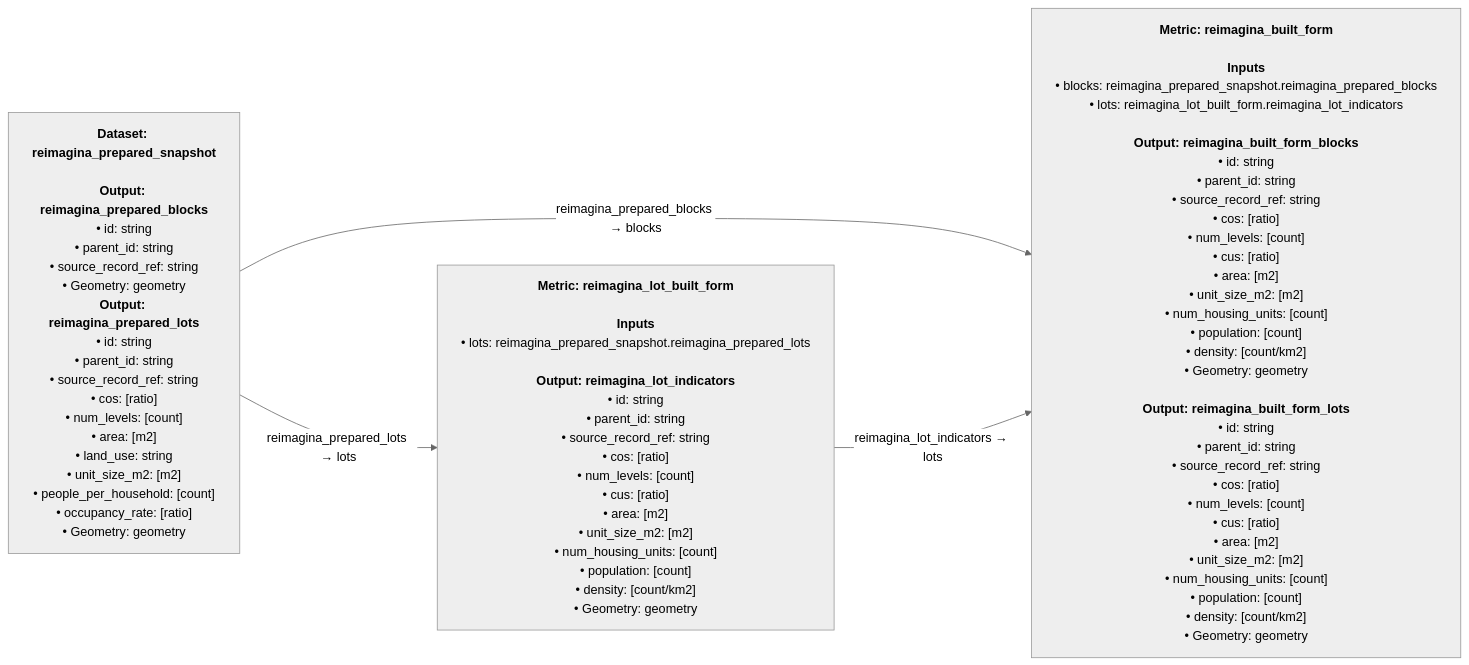
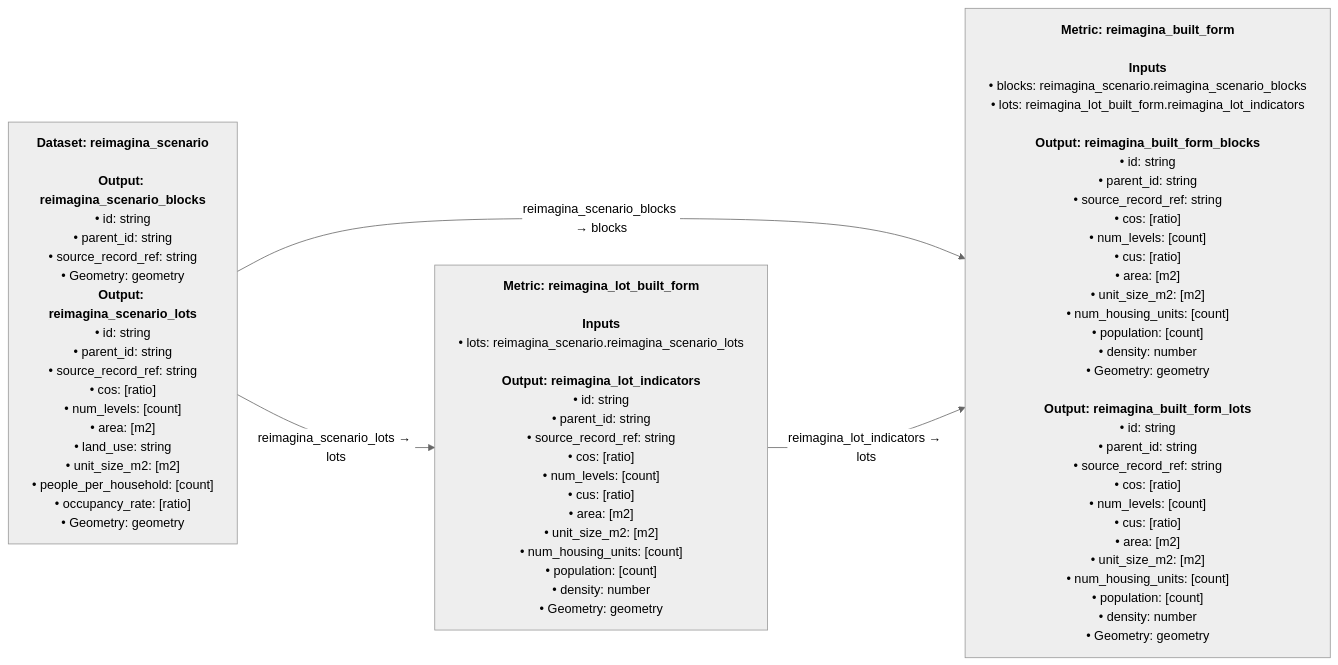
The diagram in README.md (CentroFuturoCiudades/reimagina_test_port), drawn with Mermaid (neutral theme) before and after one commit. The commit also changed other lines of this file and 21 other files, not shown here.

First line of the commit message:
Dataset reimagina_scenario desde Postgres y density en viv/ha

````diff
--- a/README.md
+++ b/README.md
@@ -13,9 +14,9 @@
 ```mermaid
 flowchart LR
-    n0["<b>Metric: reimagina_built_form</b><br/><br/><b>Inputs</b><br/>#8226;#160;blocks:#160;reimagina_prepared_snapshot#46;reimagina_prepared_blocks<br/>#8226;#160;lots:#160;reimagina_lot_built_form#46;reimagina_lot_indicators<br/><br/><b>Output: reimagina_built_form_blocks</b><br/>#8226;#160;id:#160;string<br/>#8226;#160;parent_id:#160;string<br/>#8226;#160;source_record_ref:#160;string<br/>#8226;#160;cos:#160;#91;ratio#93;<br/>#8226;#160;num_levels:#160;#91;count#93;<br/>#8226;#160;cus:#160;#91;ratio#93;<br/>#8226;#160;area:#160;#91;m2#93;<br/>#8226;#160;unit_size_m2:#160;#91;m2#93;<br/>#8226;#160;num_housing_units:#160;#91;count#93;<br/>#8226;#160;population:#160;#91;count#93;<br/>#8226;#160;density:#160;#91;count#47;km2#93;<br/>#8226;#160;Geometry:#160;geometry<br/><br/><b>Output: reimagina_built_form_lots</b><br/>#8226;#160;id:#160;string<br/>#8226;#160;parent_id:#160;string<br/>#8226;#160;source_record_ref:#160;string<br/>#8226;#160;cos:#160;#91;ratio#93;<br/>#8226;#160;num_levels:#160;#91;count#93;<br/>#8226;#160;cus:#160;#91;ratio#93;<br/>#8226;#160;area:#160;#91;m2#93;<br/>#8226;#160;unit_size_m2:#160;#91;m2#93;<br/>#8226;#160;num_housing_units:#160;#91;count#93;<br/>#8226;#160;population:#160;#91;count#93;<br/>#8226;#160;density:#160;#91;count#47;km2#93;<br/>#8226;#160;Geometry:#160;geometry"]
-    n1["<b>Metric: reimagina_lot_built_form</b><br/><br/><b>Inputs</b><br/>#8226;#160;lots:#160;reimagina_prepared_snapshot#46;reimagina_prepared_lots<br/><br/><b>Output: reimagina_lot_indicators</b><br/>#8226;#160;id:#160;string<br/>#8226;#160;parent_id:#160;string<br/>#8226;#160;source_record_ref:#160;string<br/>#8226;#160;cos:#160;#91;ratio#93;<br/>#8226;#160;num_levels:#160;#91;count#93;<br/>#8226;#160;cus:#160;#91;ratio#93;<br/>#8226;#160;area:#160;#91;m2#93;<br/>#8226;#160;unit_size_m2:#160;#91;m2#93;<br/>#8226;#160;num_housing_units:#160;#91;count#93;<br/>#8226;#160;population:#160;#91;count#93;<br/>#8226;#160;density:#160;#91;count#47;km2#93;<br/>#8226;#160;Geometry:#160;geometry"]
-    n2["<b>Dataset: reimagina_prepared_snapshot</b><br/><br/><b>Output: reimagina_prepared_blocks</b><br/>#8226;#160;id:#160;string<br/>#8226;#160;parent_id:#160;string<br/>#8226;#160;source_record_ref:#160;string<br/>#8226;#160;Geometry:#160;geometry<br/><b>Output: reimagina_prepared_lots</b><br/>#8226;#160;id:#160;string<br/>#8226;#160;parent_id:#160;string<br/>#8226;#160;source_record_ref:#160;string<br/>#8226;#160;cos:#160;#91;ratio#93;<br/>#8226;#160;num_levels:#160;#91;count#93;<br/>#8226;#160;area:#160;#91;m2#93;<br/>#8226;#160;land_use:#160;string<br/>#8226;#160;unit_size_m2:#160;#91;m2#93;<br/>#8226;#160;people_per_household:#160;#91;count#93;<br/>#8226;#160;occupancy_rate:#160;#91;ratio#93;<br/>#8226;#160;Geometry:#160;geometry"]
-    n2 -->|"reimagina_prepared_blocks #8594; blocks"| n0
+    n0["<b>Metric: reimagina_built_form</b><br/><br/><b>Inputs</b><br/>#8226;#160;blocks:#160;reimagina_scenario#46;reimagina_scenario_blocks<br/>#8226;#160;lots:#160;reimagina_lot_built_form#46;reimagina_lot_indicators<br/><br/><b>Output: reimagina_built_form_blocks</b><br/>#8226;#160;id:#160;string<br/>#8226;#160;parent_id:#160;string<br/>#8226;#160;source_record_ref:#160;string<br/>#8226;#160;cos:#160;#91;ratio#93;<br/>#8226;#160;num_levels:#160;#91;count#93;<br/>#8226;#160;cus:#160;#91;ratio#93;<br/>#8226;#160;area:#160;#91;m2#93;<br/>#8226;#160;unit_size_m2:#160;#91;m2#93;<br/>#8226;#160;num_housing_units:#160;#91;count#93;<br/>#8226;#160;population:#160;#91;count#93;<br/>#8226;#160;density:#160;number<br/>#8226;#160;Geometry:#160;geometry<br/><br/><b>Output: reimagina_built_form_lots</b><br/>#8226;#160;id:#160;string<br/>#8226;#160;parent_id:#160;string<br/>#8226;#160;source_record_ref:#160;string<br/>#8226;#160;cos:#160;#91;ratio#93;<br/>#8226;#160;num_levels:#160;#91;count#93;<br/>#8226;#160;cus:#160;#91;ratio#93;<br/>#8226;#160;area:#160;#91;m2#93;<br/>#8226;#160;unit_size_m2:#160;#91;m2#93;<br/>#8226;#160;num_housing_units:#160;#91;count#93;<br/>#8226;#160;population:#160;#91;count#93;<br/>#8226;#160;density:#160;number<br/>#8226;#160;Geometry:#160;geometry"]
+    n1["<b>Metric: reimagina_lot_built_form</b><br/><br/><b>Inputs</b><br/>#8226;#160;lots:#160;reimagina_scenario#46;reimagina_scenario_lots<br/><br/><b>Output: reimagina_lot_indicators</b><br/>#8226;#160;id:#160;string<br/>#8226;#160;parent_id:#160;string<br/>#8226;#160;source_record_ref:#160;string<br/>#8226;#160;cos:#160;#91;ratio#93;<br/>#8226;#160;num_levels:#160;#91;count#93;<br/>#8226;#160;cus:#160;#91;ratio#93;<br/>#8226;#160;area:#160;#91;m2#93;<br/>#8226;#160;unit_size_m2:#160;#91;m2#93;<br/>#8226;#160;num_housing_units:#160;#91;count#93;<br/>#8226;#160;population:#160;#91;count#93;<br/>#8226;#160;density:#160;number<br/>#8226;#160;Geometry:#160;geometry"]
+    n2["<b>Dataset: reimagina_scenario</b><br/><br/><b>Output: reimagina_scenario_blocks</b><br/>#8226;#160;id:#160;string<br/>#8226;#160;parent_id:#160;string<br/>#8226;#160;source_record_ref:#160;string<br/>#8226;#160;Geometry:#160;geometry<br/><b>Output: reimagina_scenario_lots</b><br/>#8226;#160;id:#160;string<br/>#8226;#160;parent_id:#160;string<br/>#8226;#160;source_record_ref:#160;string<br/>#8226;#160;cos:#160;#91;ratio#93;<br/>#8226;#160;num_levels:#160;#91;count#93;<br/>#8226;#160;area:#160;#91;m2#93;<br/>#8226;#160;land_use:#160;string<br/>#8226;#160;unit_size_m2:#160;#91;m2#93;<br/>#8226;#160;people_per_household:#160;#91;count#93;<br/>#8226;#160;occupancy_rate:#160;#91;ratio#93;<br/>#8226;#160;Geometry:#160;geometry"]
+    n2 -->|"reimagina_scenario_blocks #8594; blocks"| n0
     n1 -->|"reimagina_lot_indicators #8594; lots"| n0
-    n2 -->|"reimagina_prepared_lots #8594; lots"| n1
+    n2 -->|"reimagina_scenario_lots #8594; lots"| n1
 ```
````
